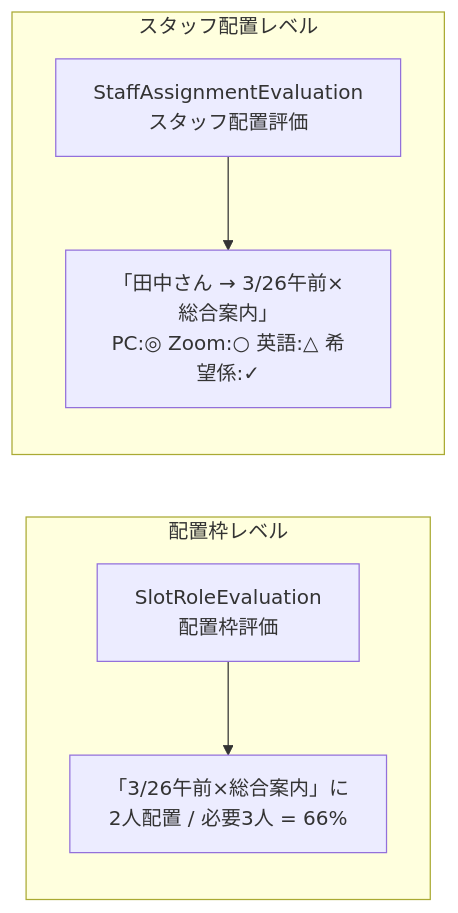
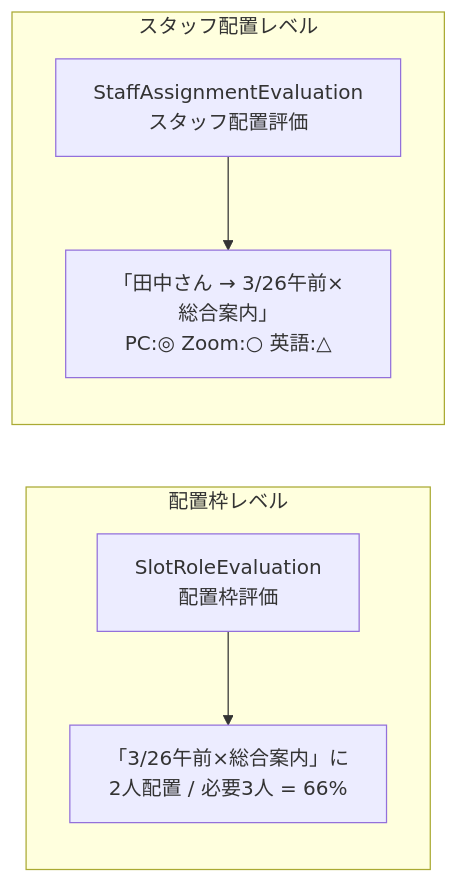
Before and after one commit to fumicode/bublys-org: the second of 4 diagrams in apps/bublys-os/app/gakkai-shift/docs/domain-model.md, drawn with Mermaid. The commit also changed other lines of this file and 6 other files, not shown here.

````diff
--- a/apps/bublys-os/app/gakkai-shift/docs/domain-model.md
+++ b/apps/bublys-os/app/gakkai-shift/docs/domain-model.md
@@ -204,15 +199,15 @@
 ```mermaid
 flowchart LR
     subgraph "配置枠レベル"
         A[SlotRoleEvaluation<br/>配置枠評価]
         A1["「3/26午前×総合案内」に<br/>2人配置 / 必要3人 = 66%"]
     end
 
     subgraph "スタッフ配置レベル"
         B[StaffAssignmentEvaluation<br/>スタッフ配置評価]
-        B1["「田中さん → 3/26午前×総合案内」<br/>PC:◎ Zoom:○ 英語:△ 希望係:✓"]
+        B1["「田中さん → 3/26午前×総合案内」<br/>PC:◎ Zoom:○ 英語:△"]
     end
 
     A --> A1
     B --> B1
 ```
````
